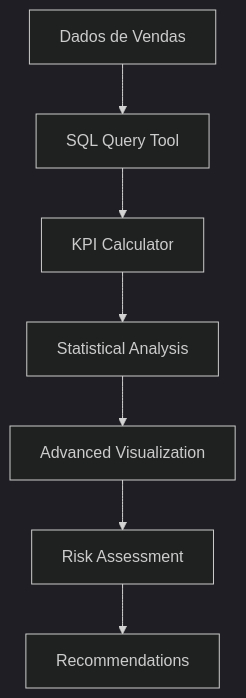
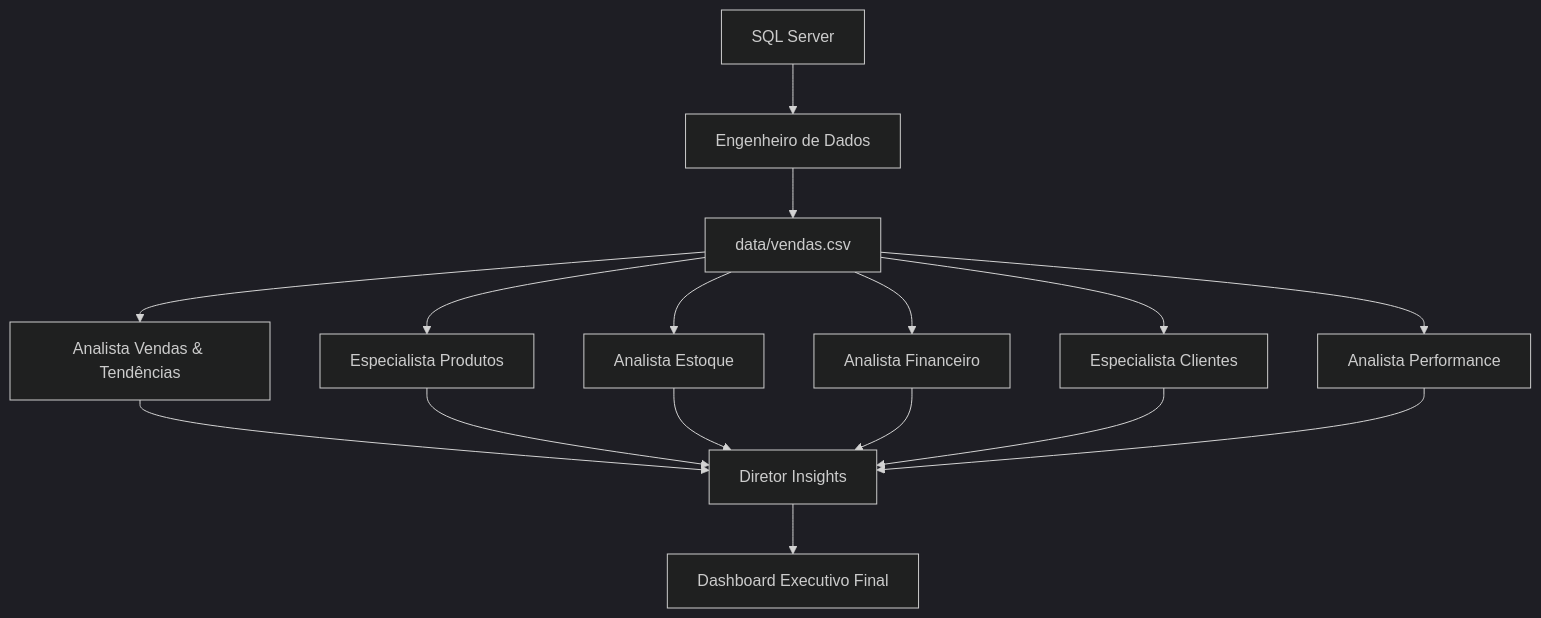
One commit to jeanjeferson/insights-ai changed the first of 3 diagrams in README.md. Above: the diagram before and after it, drawn with Mermaid (dark theme). The commit also changed other lines of this file and 1 other file, not shown here.

First line of the commit message:
Update README.md to reflect enhancements in Insights AI system

````diff
--- a/README.md
+++ b/README.md
@@ -350,9 +53,18 @@
 ```mermaid
 graph TD
-    A[Dados de Vendas] --> B[SQL Query Tool]
-    B --> C[KPI Calculator]
-    C --> D[Statistical Analysis]
-    D --> E[Advanced Visualization]
-    E --> F[Risk Assessment]
-    F --> G[Recommendations]
+    A[SQL Server] --> B[Engenheiro de Dados]
+    B --> C[data/vendas.csv]
+    C --> D[Analista Vendas & Tendências]
+    C --> E[Especialista Produtos]
+    C --> F[Analista Estoque]
+    C --> G[Analista Financeiro]
+    C --> H[Especialista Clientes]
+    C --> I[Analista Performance]
+    D --> J[Diretor Insights]
+    E --> J
+    F --> J
+    G --> J
+    H --> J
+    I --> J
+    J --> K[Dashboard Executivo Final]
 ```
````
